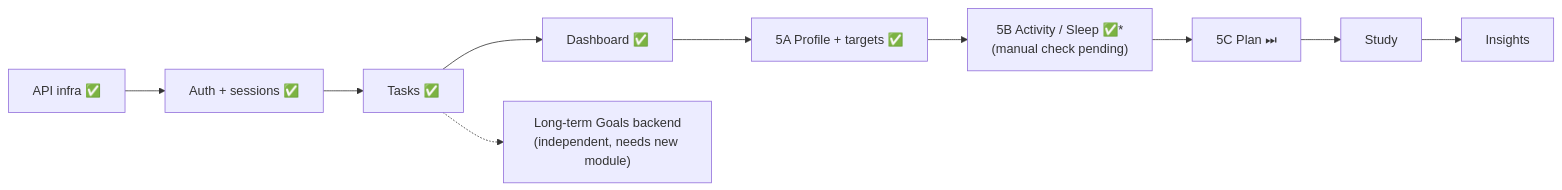
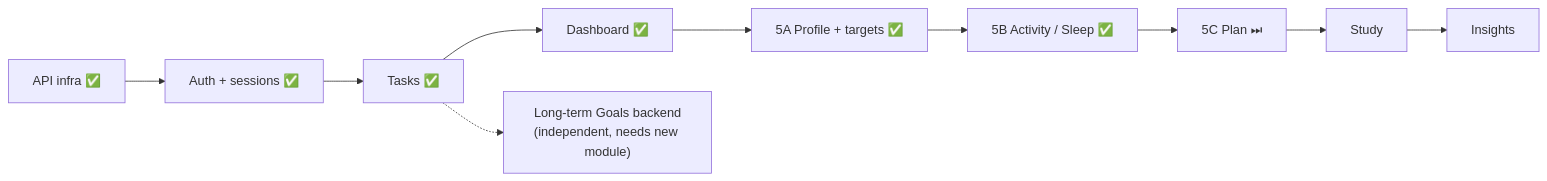
One commit to Gaoher-1207/omnia changed the diagram in docs/omnia-vault/Decisions/Mock First API Migration.md. Above: the diagram before and after it, drawn with Mermaid. The commit also changed 71 other files, not shown here.

Commit message:
Refine Omnia UX architecture and design system

````diff
--- a/docs/omnia-vault/Decisions/Mock First API Migration.md
+++ b/docs/omnia-vault/Decisions/Mock First API Migration.md
@@ -34,5 +34,5 @@
 ```mermaid
 flowchart LR
-    P1["API infra ✅"] --> P2["Auth + sessions ✅"] --> P3["Tasks ✅"] --> P4["Dashboard ✅"] --> P5["5A Profile + targets ✅"] --> P5B["5B Activity / Sleep ✅*<br/>(manual check pending)"] --> P5C["5C Plan ⏭"] --> P6["Study"] --> P9["Insights"]
+    P1["API infra ✅"] --> P2["Auth + sessions ✅"] --> P3["Tasks ✅"] --> P4["Dashboard ✅"] --> P5["5A Profile + targets ✅"] --> P5B["5B Activity / Sleep ✅"] --> P5C["5C Plan ⏭"] --> P6["Study"] --> P9["Insights"]
     P3 -.-> PX["Long-term Goals backend<br/>(independent, needs new module)"]
 ```
````
